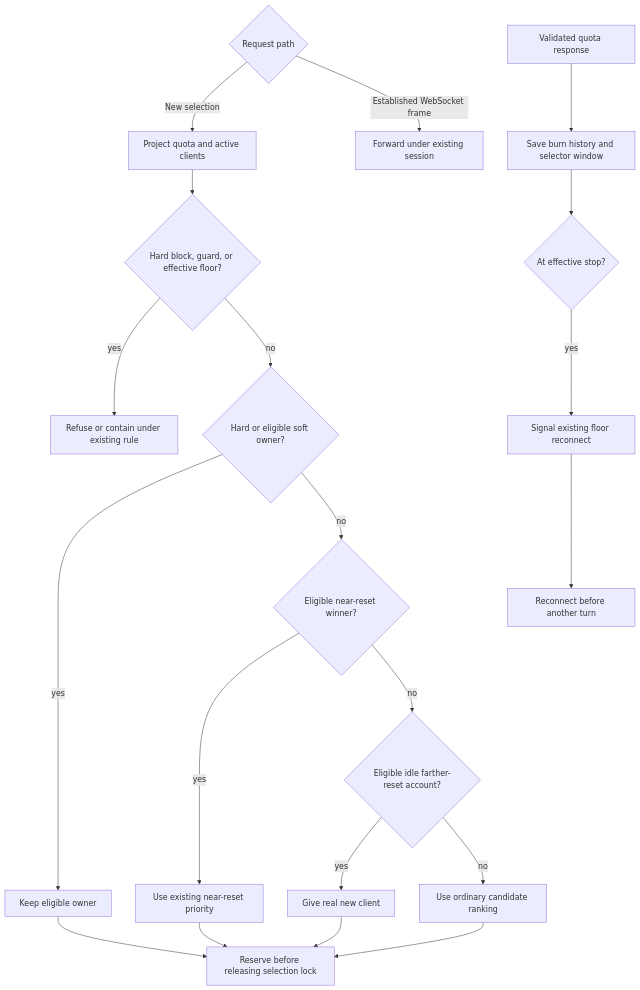
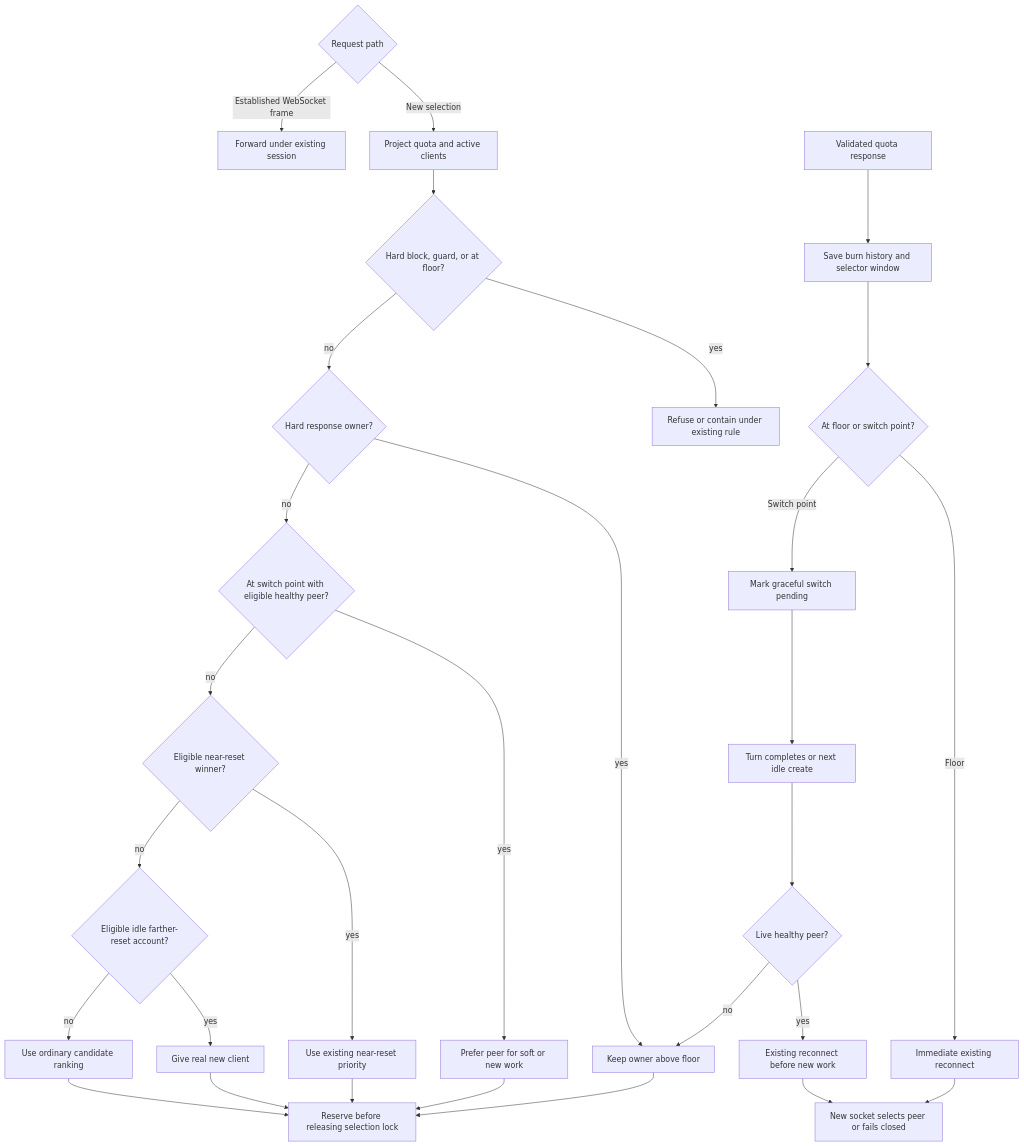
Before and after one commit to ShravanSunder/codex-router: the diagram in docs/specs/2026-09-25-idle-quota-drain/2026-09-25-idle-quota-drain-program-design.md, drawn with Mermaid. The commit also changed other lines of this file and 2 other files, not shown here.

Commit message:
docs: define two-stage weekly quota floor

````diff
--- a/docs/specs/2026-09-25-idle-quota-drain/2026-09-25-idle-quota-drain-program-design.md
+++ b/docs/specs/2026-09-25-idle-quota-drain/2026-09-25-idle-quota-drain-program-design.md
@@ -28,22 +30,31 @@
 ```mermaid
 flowchart TD
     Request{Request path} -->|New selection| Facts[Project quota and active clients]
-    Facts --> Stops{Hard block, guard, or effective floor?}
+    Facts --> Stops{Hard block, guard, or at floor?}
     Stops -- yes --> Refuse[Refuse or contain under existing rule]
-    Stops -- no --> Owner{Hard or eligible soft owner?}
-    Owner -- yes --> Continue[Keep eligible owner]
-    Owner -- no --> Near{Eligible near-reset winner?}
+    Stops -- no --> Owner{Hard response owner?}
+    Owner -- yes --> Continue[Keep owner above floor]
+    Owner -- no --> Switch{At switch point with eligible healthy peer?}
+    Switch -- yes --> PreferPeer[Prefer peer for soft or new work]
+    Switch -- no --> Near{Eligible near-reset winner?}
     Near -- yes --> NearUse[Use existing near-reset priority]
     Near -- no --> Idle{Eligible idle farther-reset account?}
     Idle -- yes --> IdleUse[Give real new client]
     Idle -- no --> Ordinary[Use ordinary candidate ranking]
     NearUse --> Reserve[Reserve before releasing selection lock]
+    PreferPeer --> Reserve
     IdleUse --> Reserve
     Ordinary --> Reserve
     Continue --> Reserve
     Request -->|Established WebSocket frame| Forward[Forward under existing session]
     Refresh[Validated quota response] --> Save[Save burn history and selector window]
-    Save --> Threshold{At effective stop?}
-    Threshold -- yes --> Signal[Signal existing floor reconnect]
-    Signal --> Reconnect[Reconnect before another turn]
+    Save --> Threshold{At floor or switch point?}
+    Threshold -->|Floor| HardSignal[Immediate existing reconnect]
+    Threshold -->|Switch point| Pending[Mark graceful switch pending]
+    Pending --> Boundary[Turn completes or next idle create]
+    Boundary --> Peer{Live healthy peer?}
+    Peer -->|yes| Signal[Existing reconnect before new work]
+    Peer -->|no| Continue
+    HardSignal --> Reconnect[New socket selects peer or fails closed]
+    Signal --> Reconnect
 ```
````
